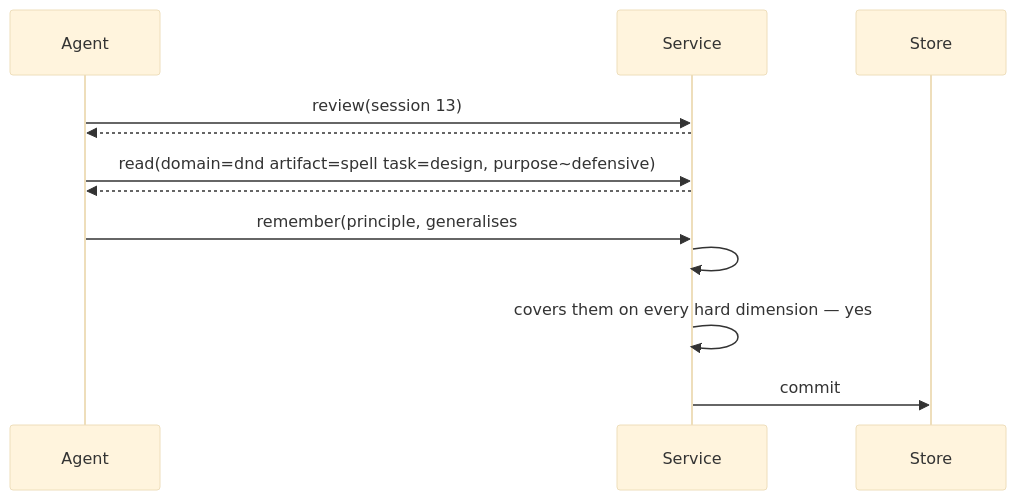
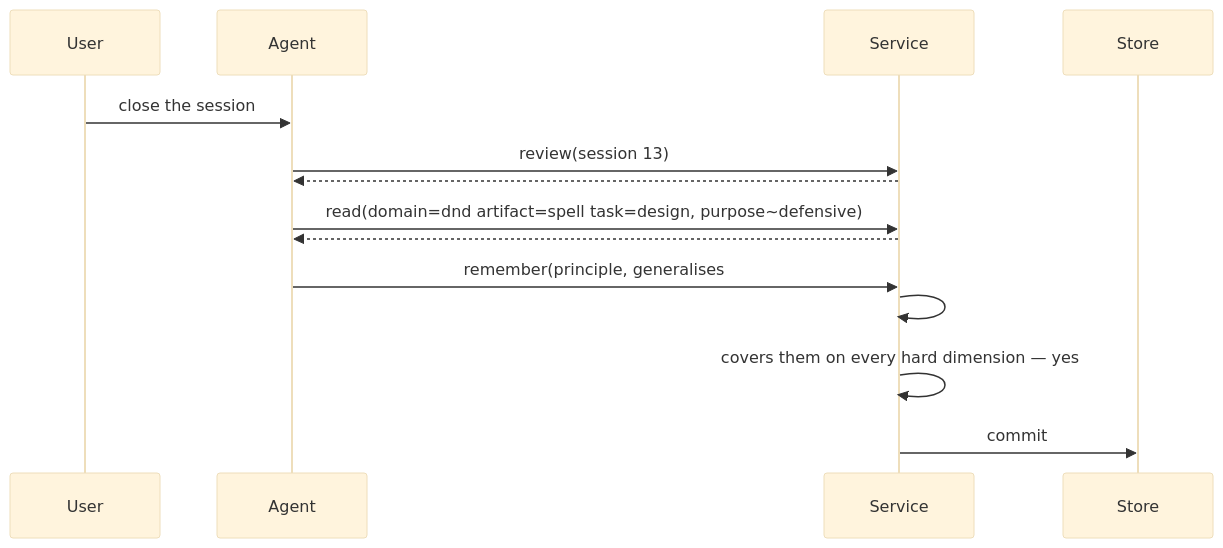
Diagram 30 of 32 in docs/design/memory/01a_model_by_scenario.md (Debith/pygim), drawn with Mermaid (base theme) before and after one commit. The commit also changed 4 other files, not shown here.

First line of the commit message:
Docs/memory: a session's close is started by the user

````diff
--- a/docs/design/memory/01a_model_by_scenario.md
+++ b/docs/design/memory/01a_model_by_scenario.md
@@ -730,14 +730,16 @@
 ```mermaid
 sequenceDiagram
+    participant U as User
     participant A as Agent
     participant S as Service
     participant St as Store
+    U->>A: close the session
     A->>S: review(session 13)
     S-->>A: #55 #56 #57 with their tags
     A->>S: read(domain=dnd artifact=spell task=design, purpose~defensive)
     S-->>A: #2 #54 #55 #56 #57 #7
     A->>S: remember(principle, generalises #54 to #57, seen #2 #7 #54 to #57)
     S->>S: #54 to #57 are heads — yes
     S->>S: covers them on every hard dimension — yes
     S->>St: commit #58, generalises #54 to #57, nothing superseded, snapshot v59
 ```
````
